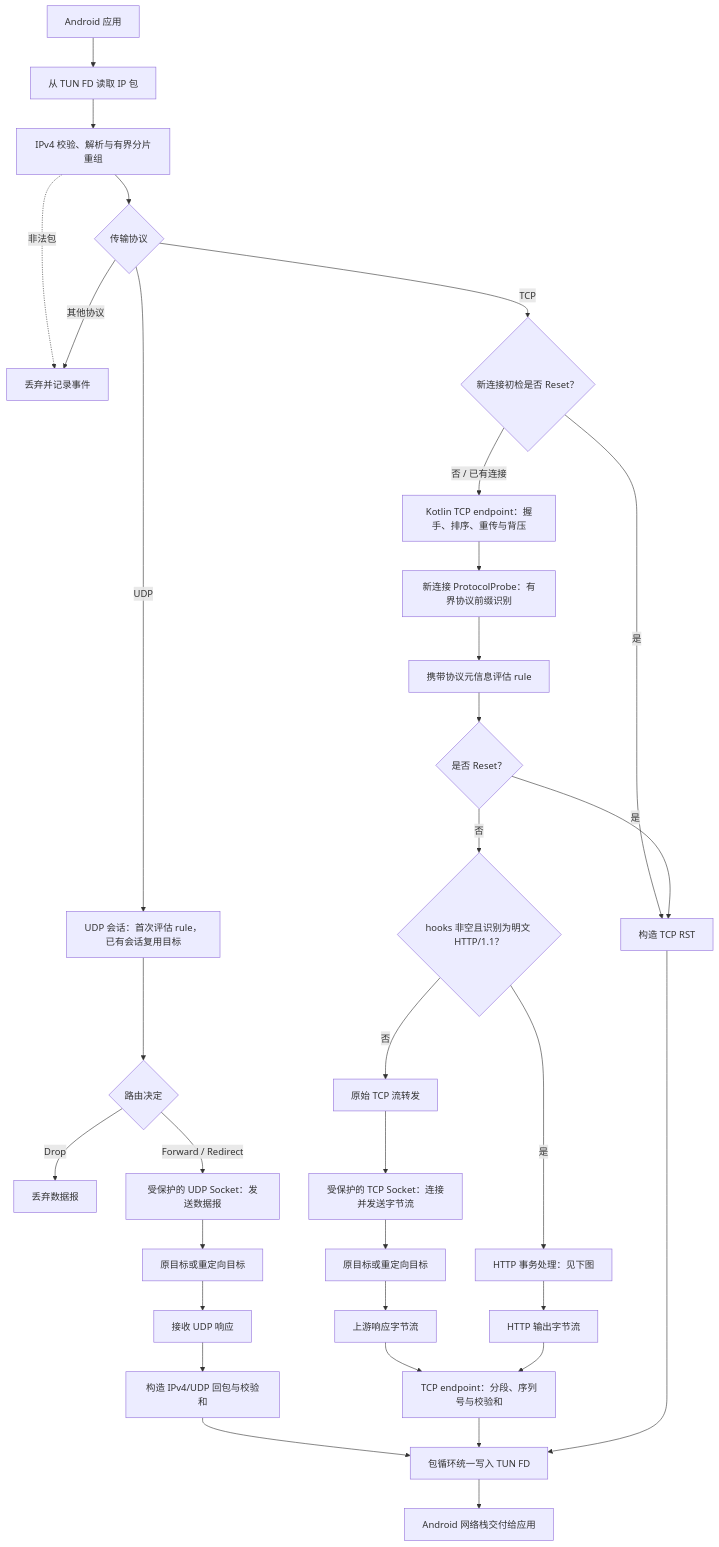
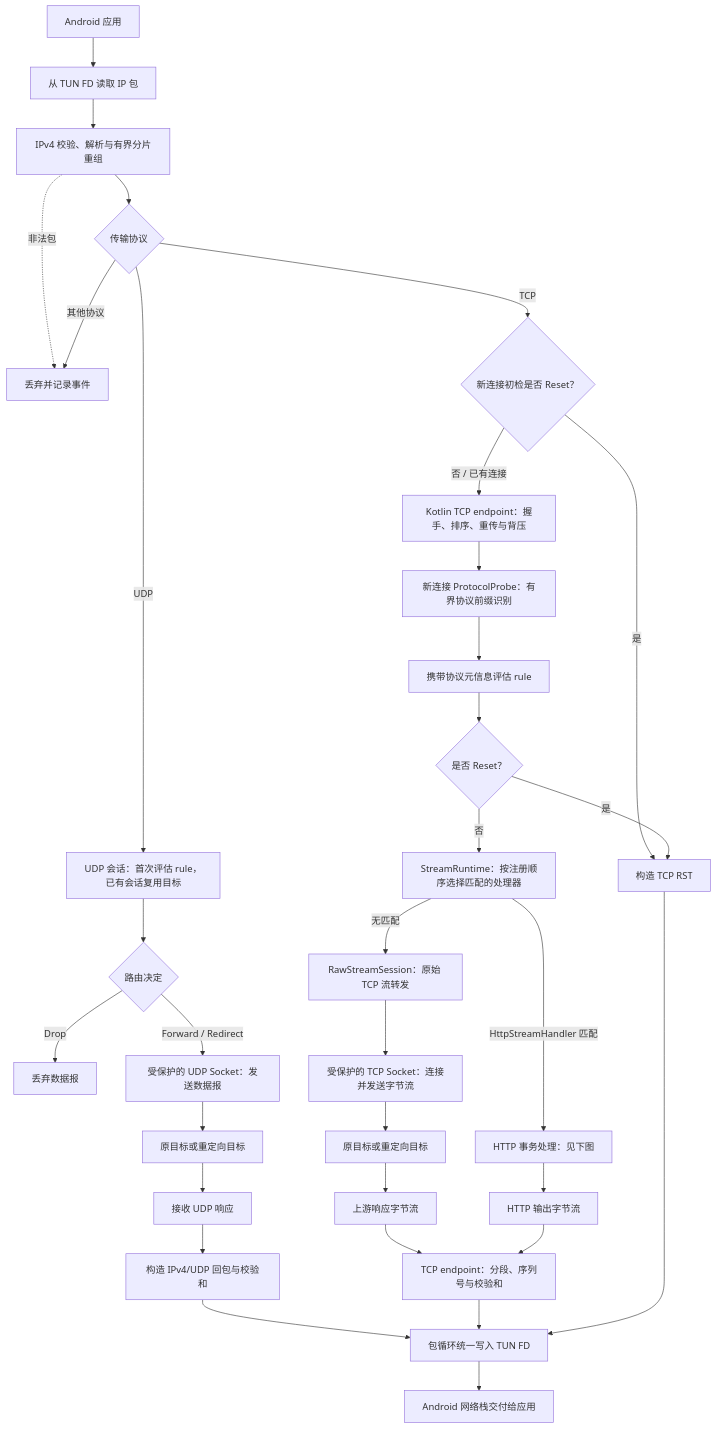
One commit to DyLenpOki/dyltun changed the second of 4 diagrams in docs/FLOW.md. Above: the diagram before and after it, drawn with Mermaid. The commit also changed other lines of this file and 39 other files, not shown here.

Commit message:
Refactor HTTP handling to integrate Stream processing and enhance connection management

````diff
--- a/docs/FLOW.md
+++ b/docs/FLOW.md
@@ -23,38 +23,38 @@
 ```mermaid
 flowchart TD
     APP["Android 应用"] --> READ["从 TUN FD 读取 IP 包"]
     READ --> IP["IPv4 校验、解析与有界分片重组"]
     IP --> KIND{"传输协议"}
     IP -.->|"非法包"| DISCARD["丢弃并记录事件"]
     KIND -->|"其他协议"| DISCARD
 
     KIND -->|"UDP"| UF["UDP 会话：首次评估 rule，已有会话复用目标"]
     UF --> UD{"路由决定"}
     UD -->|"Drop"| DROP["丢弃数据报"]
     UD -->|"Forward / Redirect"| US["受保护的 UDP Socket：发送数据报"]
     US --> UN["原目标或重定向目标"]
     UN --> UR["接收 UDP 响应"]
     UR --> UP["构造 IPv4/UDP 回包与校验和"]
 
     KIND -->|"TCP"| EARLY{"新连接初检是否 Reset？"}
     EARLY -->|"是"| RST["构造 TCP RST"]
     EARLY -->|"否 / 已有连接"| TCP["Kotlin TCP endpoint：握手、排序、重传与背压"]
     TCP --> PROBE["新连接 ProtocolProbe：有界协议前缀识别"]
     PROBE --> TR["携带协议元信息评估 rule"]
     TR --> DECIDE{"是否 Reset？"}
     DECIDE -->|"是"| RST
-    DECIDE -->|"否"| HTTP{"hooks 非空且识别为明文 HTTP/1.1？"}
-    HTTP -->|"是"| HP["HTTP 事务处理：见下图"]
-    HTTP -->|"否"| RAW["原始 TCP 流转发"]
+    DECIDE -->|"否"| SELECT["StreamRuntime：按注册顺序选择匹配的处理器"]
+    SELECT -->|"HttpStreamHandler 匹配"| HP["HTTP 事务处理：见下图"]
+    SELECT -->|"无匹配"| RAW["RawStreamSession：原始 TCP 流转发"]
     RAW --> TS["受保护的 TCP Socket：连接并发送字节流"]
     TS --> TN["原目标或重定向目标"]
     TN --> BYTES["上游响应字节流"]
     HP --> OUT["HTTP 输出字节流"]
     BYTES --> TP["TCP endpoint：分段、序列号与校验和"]
     OUT --> TP
 
     UP --> WRITE["包循环统一写入 TUN FD"]
     TP --> WRITE
     RST --> WRITE
     WRITE --> RECEIVE["Android 网络栈交付给应用"]
 ```
````
